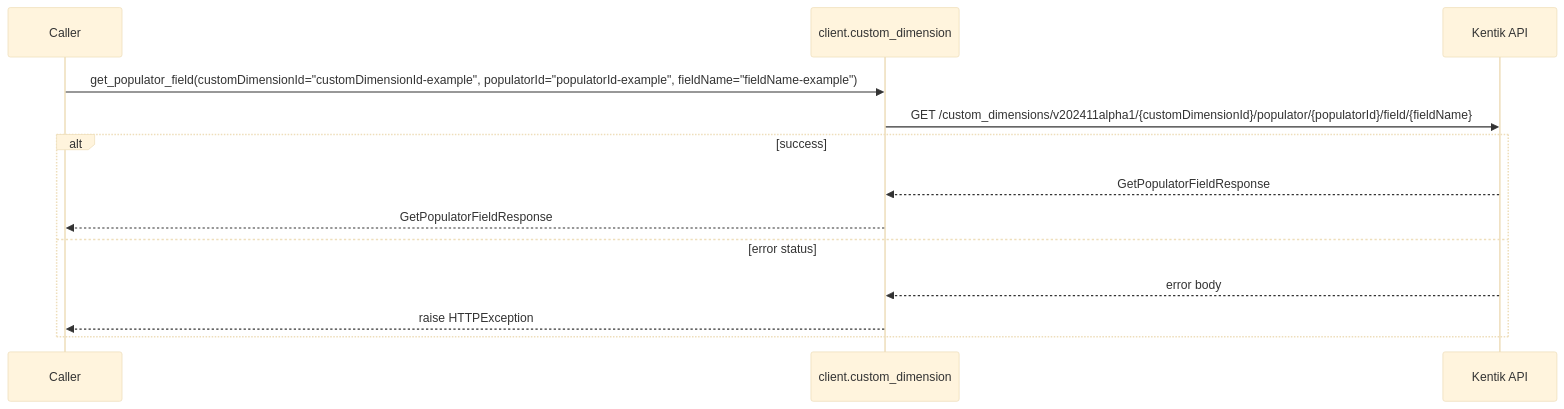
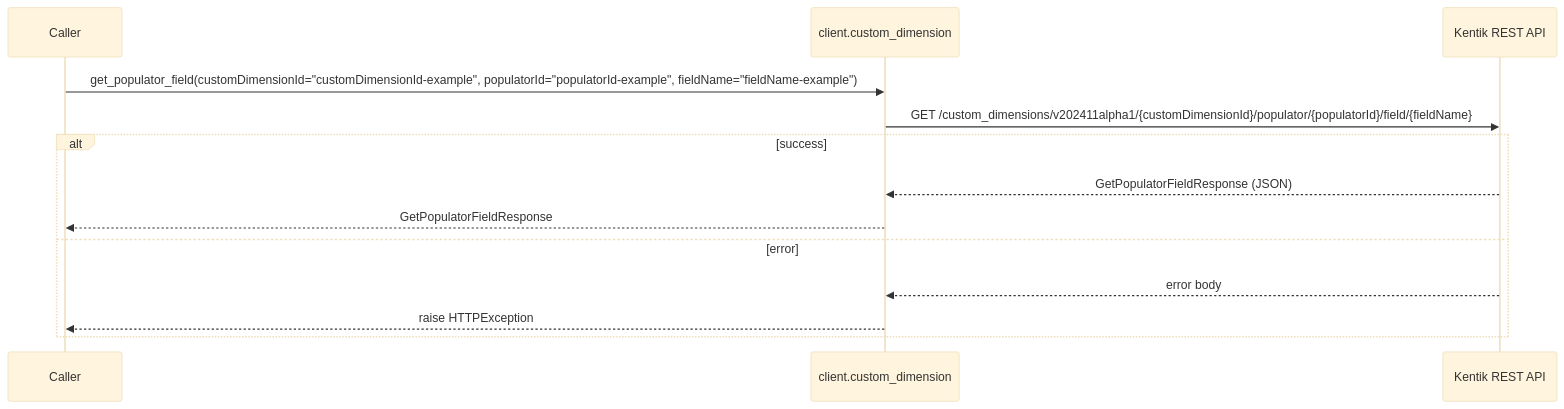
Before and after one commit to alexdearaujo/community_sdk_python: diagram 18 of 22 in docs/sphinx/services/custom_dimension.md, drawn with Mermaid (base theme). The commit also changed other lines of this file and 61 other files, not shown here.

````diff
--- a/docs/sphinx/services/custom_dimension.md
+++ b/docs/sphinx/services/custom_dimension.md
@@ -435,16 +637,16 @@
 ```mermaid
 sequenceDiagram
     participant C as Caller
     participant W as client.custom_dimension
-    participant API as Kentik API
+    participant API as Kentik REST API
 
     C->>W: get_populator_field(customDimensionId="customDimensionId-example", populatorId="populatorId-example", fieldName="fieldName-example")
     W->>API: GET /custom_dimensions/v202411alpha1/{customDimensionId}/populator/{populatorId}/field/{fieldName}
     alt success
-        API-->>W: GetPopulatorFieldResponse
+        API-->>W: GetPopulatorFieldResponse (JSON)
         W-->>C: GetPopulatorFieldResponse
-    else error status
+    else error
         API-->>W: error body
         W-->>C: raise HTTPException
     end
 ```
````
